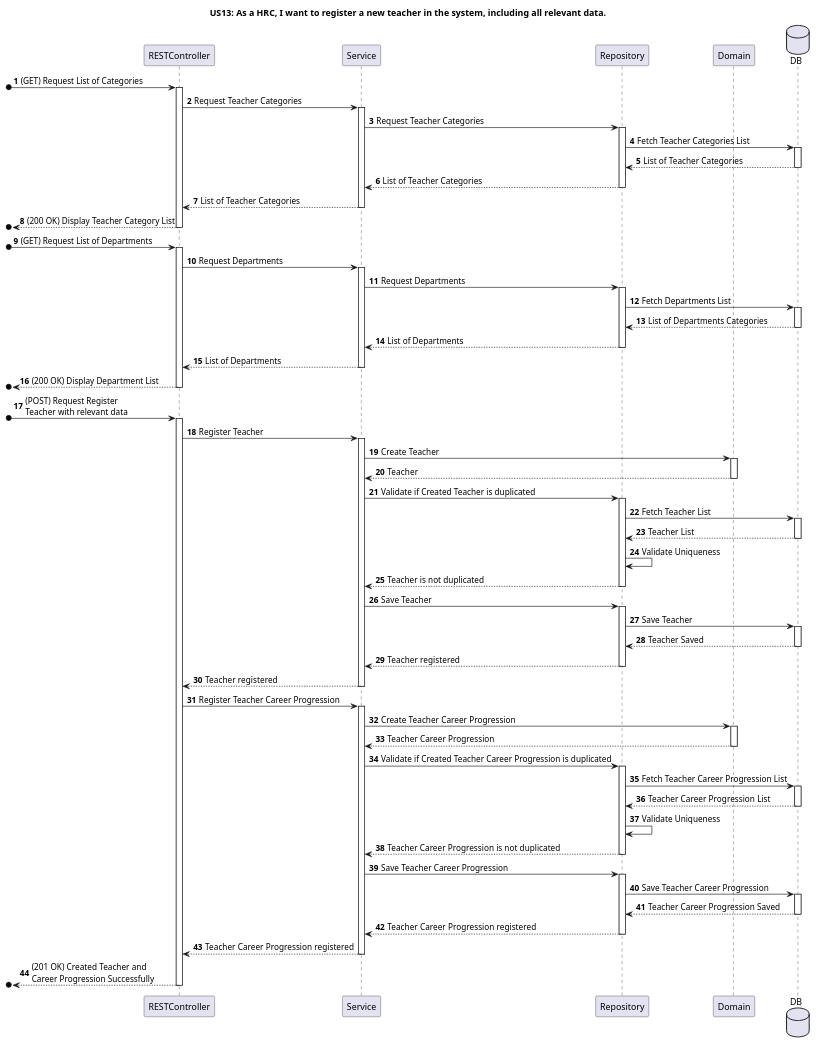
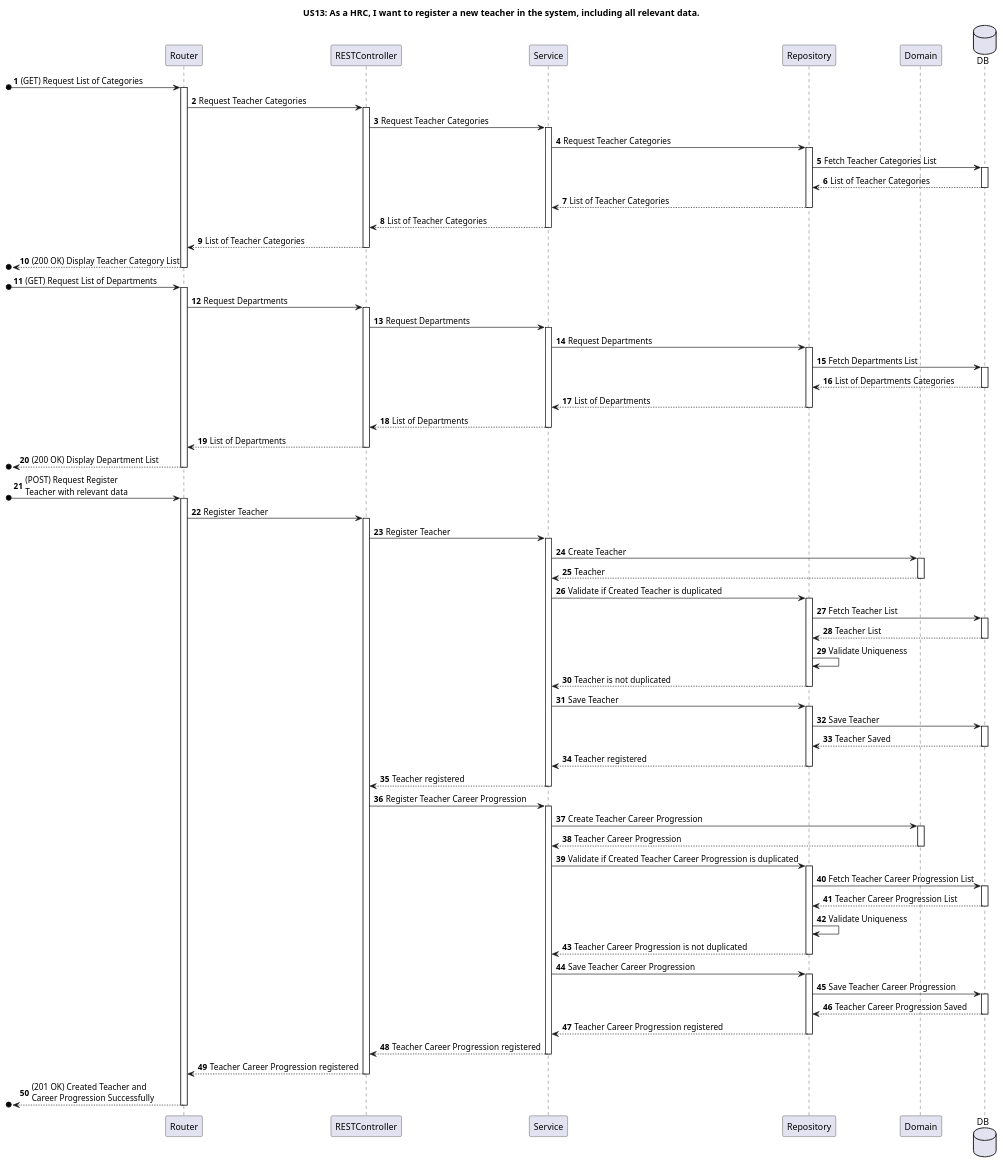
Before and after one commit to GasparISEP/DevOps-PAI: the diagram in docs/US13/Sprint6/ProcessView/Level3.puml, drawn with PlantUML. The commit also changed 4 other files, not shown here.

Commit message:
updated diagrams for US08 and 13 (#530)

```diff
--- a/docs/US13/Sprint6/ProcessView/Level3.puml
+++ b/docs/US13/Sprint6/ProcessView/Level3.puml
@@ -1,62 +1,69 @@
 @startuml
 
 title US13: As a HRC, I want to register a new teacher in the system, including all relevant data.
 autonumber
 
+participant "Router" as RO
 participant "RESTController" as RC
 participant "Service" as S
 participant "Repository" as R
 participant "Domain" as D
 database DB
 
 
-[o-> RC++: (GET) Request List of Categories
+[o-> RO++: (GET) Request List of Categories
+RO -> RC++: Request Teacher Categories
 RC -> S++: Request Teacher Categories
 S -> R ++: Request Teacher Categories
 R -> DB ++: Fetch Teacher Categories List
 DB --> R --: List of Teacher Categories
 R --> S --: List of Teacher Categories
 S --> RC --: List of Teacher Categories
-[o<-- RC --: (200 OK) Display Teacher Category List
+RC --> RO --: List of Teacher Categories
+[o<-- RO --: (200 OK) Display Teacher Category List
 
-[o-> RC++: (GET) Request List of Departments
+[o-> RO++: (GET) Request List of Departments
+RO -> RC++: Request Departments
 RC -> S++: Request Departments
 S -> R ++: Request Departments
 R -> DB ++: Fetch Departments List
 DB --> R --: List of Departments Categories
 R --> S --: List of Departments
 S --> RC --: List of Departments
-[o<-- RC --: (200 OK) Display Department List
+RC --> RO --: List of Departments
+[o<-- RO --: (200 OK) Display Department List
 
-[o-> RC++: (POST) Request Register\nTeacher with relevant data
+[o-> RO++: (POST) Request Register\nTeacher with relevant data
+RO -> RC++: Register Teacher
 RC -> S++: Register Teacher
 S -> D ++: Create Teacher
 D --> S --: Teacher
 S -> R ++: Validate if Created Teacher is duplicated
 R -> DB ++: Fetch Teacher List
 DB --> R --: Teacher List
 R -> R: Validate Uniqueness
 R --> S --: Teacher is not duplicated
 S -> R ++: Save Teacher
 R -> DB ++: Save Teacher
 DB --> R --: Teacher Saved
 
 R --> S --: Teacher registered
 S --> RC --: Teacher registered
 
 RC -> S++: Register Teacher Career Progression
 S -> D ++: Create Teacher Career Progression
 D --> S --: Teacher Career Progression
 S -> R ++: Validate if Created Teacher Career Progression is duplicated
 R -> DB ++: Fetch Teacher Career Progression List
 DB --> R --: Teacher Career Progression List
 R -> R: Validate Uniqueness
 R --> S --: Teacher Career Progression is not duplicated
 S -> R ++: Save Teacher Career Progression
 R -> DB ++: Save Teacher Career Progression
 DB --> R --: Teacher Career Progression Saved
 R --> S --: Teacher Career Progression registered
 S --> RC --: Teacher Career Progression registered
-[o<-- RC --: (201 OK) Created Teacher and\nCareer Progression Successfully\t
+RC --> RO --: Teacher Career Progression registered
+[o<-- RO --: (201 OK) Created Teacher and\nCareer Progression Successfully\t
 
 @enduml
```
